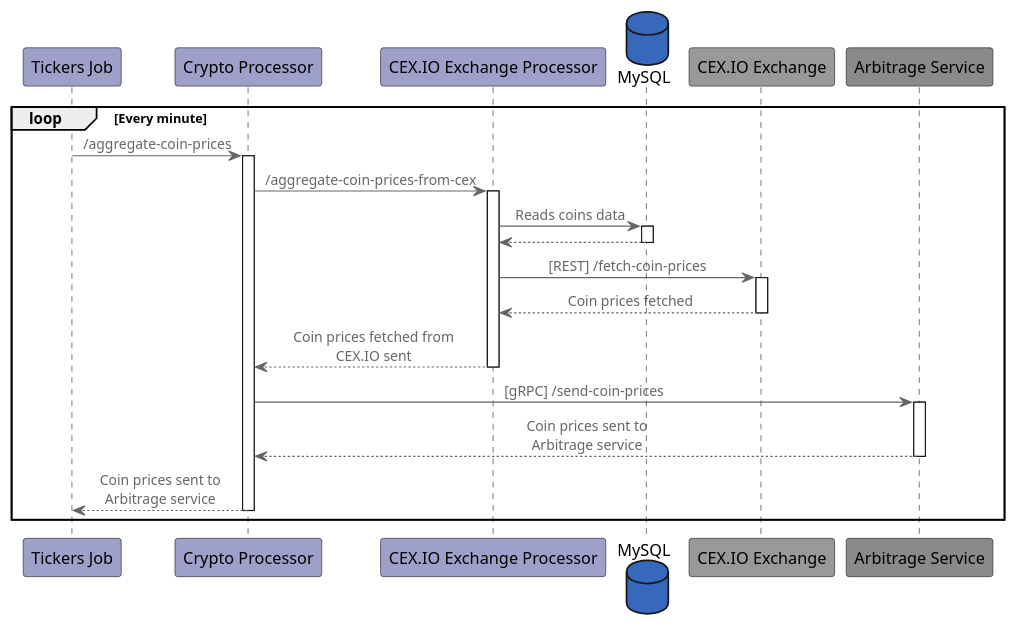
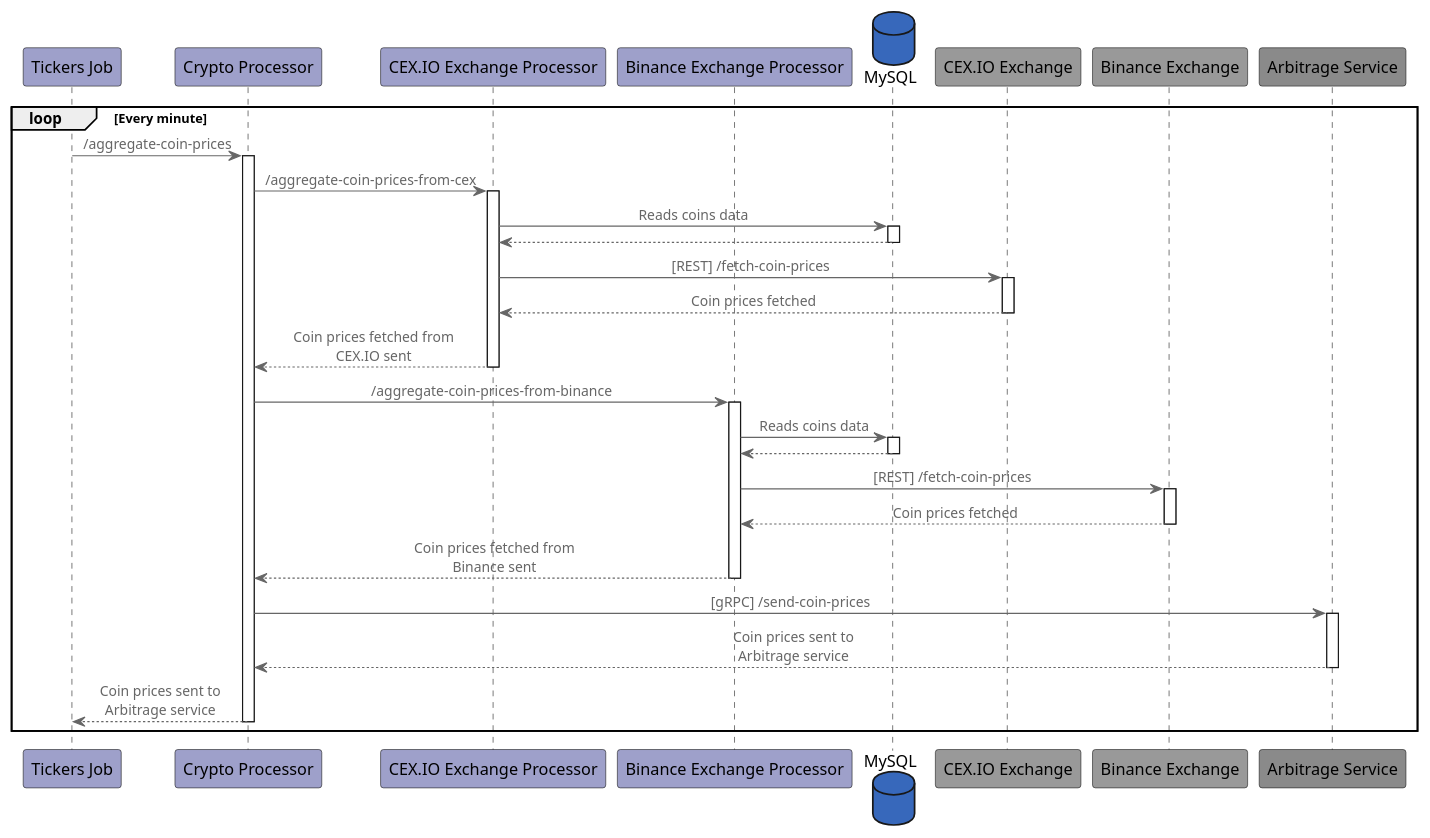
The diagram in doc/coin-aggregate-sequence-diagram.wsd (marko-domic/botocrypt.aggregator), drawn with PlantUML before and after one commit. The commit also changed 36 other files, not shown here.

Commit message:
Implement Binance exchange

```diff
--- a/doc/coin-aggregate-sequence-diagram.wsd
+++ b/doc/coin-aggregate-sequence-diagram.wsd
@@ -1,40 +1,58 @@
 @startuml C4_Elements
 !include https://raw.githubusercontent.com/plantuml-stdlib/C4-PlantUML/master/C4_Container.puml
 
 participant "Tickers Job" as ticker #9EA0CA
 participant "Crypto Processor" as cryptoProcessor #9EA0CA
 participant "CEX.IO Exchange Processor" as cexProcessor #9EA0CA
+participant "Binance Exchange Processor" as binanceProcessor #9EA0CA
 database "MySQL" as db #3768BB
 participant "CEX.IO Exchange" as cexExchange #999999
+participant "Binance Exchange" as binanceExchange #999999
 participant "Arbitrage Service" as arbitrage #8A8A8A
 
 loop Every minute
     ticker -> cryptoProcessor: /aggregate-coin-prices
     activate cryptoProcessor
 
         cryptoProcessor -> cexProcessor: /aggregate-coin-prices-from-cex
         activate cexProcessor
 
             cexProcessor -> db: Reads coins data
             activate db
                 db --> cexProcessor
             deactivate db
 
             cexProcessor -> cexExchange: [REST] /fetch-coin-prices
             activate cexExchange
                 cexExchange --> cexProcessor: Coin prices fetched
             deactivate cexExchange
             
             cexProcessor --> cryptoProcessor: Coin prices fetched from CEX.IO sent
         deactivate cexProcessor
 
+        cryptoProcessor -> binanceProcessor: /aggregate-coin-prices-from-binance
+        activate binanceProcessor
+
+            binanceProcessor -> db: Reads coins data
+            activate db
+                db --> binanceProcessor
+            deactivate db
+
+            binanceProcessor -> binanceExchange: [REST] /fetch-coin-prices
+            activate binanceExchange
+                binanceExchange --> binanceProcessor: Coin prices fetched
+            deactivate binanceExchange
+            
+            binanceProcessor --> cryptoProcessor: Coin prices fetched from Binance sent
+        deactivate binanceProcessor
+
         cryptoProcessor -> arbitrage: [gRPC] /send-coin-prices
         activate arbitrage
             arbitrage --> cryptoProcessor: Coin prices sent to Arbitrage service
         deactivate arbitrage
 
         cryptoProcessor --> ticker: Coin prices sent to Arbitrage service
     deactivate cryptoProcessor
 end
 
 @enduml
```
